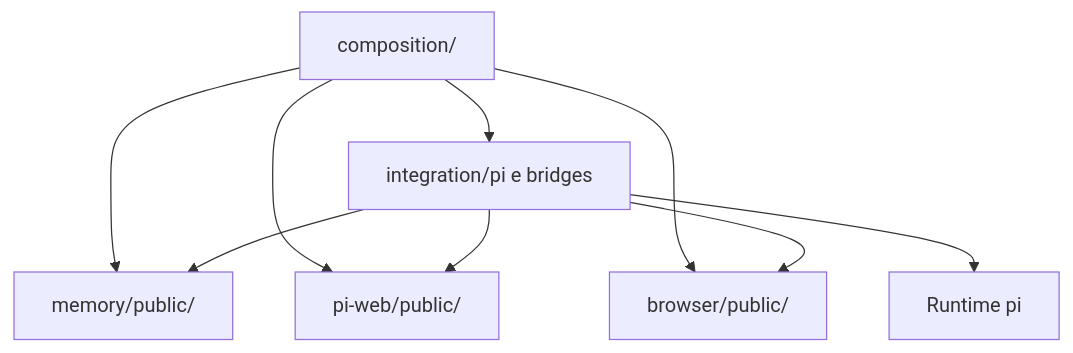
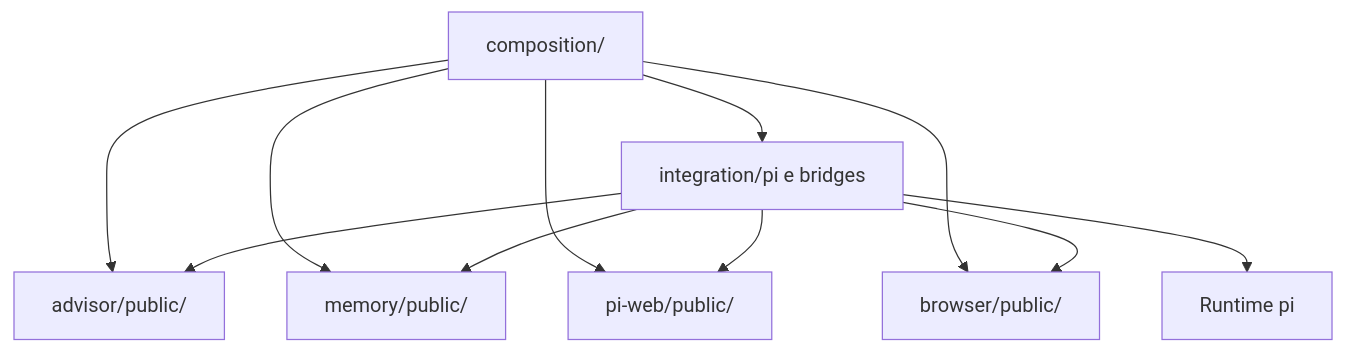
One commit to DavyMassoneto/synapse changed the diagram in docs/architecture.md. Above: the diagram before and after it, drawn with Mermaid. The commit also changed other lines of this file and 55 other files, not shown here.

````diff
--- a/docs/architecture.md
+++ b/docs/architecture.md
@@ -49,11 +53,13 @@
 ```mermaid
 flowchart TD
     composicao["composition/"] --> integracao["integration/pi e bridges"]
     composicao --> memoria["memory/public/"]
     composicao --> web["pi-web/public/"]
+    composicao --> advisor["advisor/public/"]
     composicao --> navegador["browser/public/"]
+    integracao --> advisor
     integracao --> memoria
     integracao --> web
     integracao --> navegador
     integracao --> pi["Runtime pi"]
 ```
````
